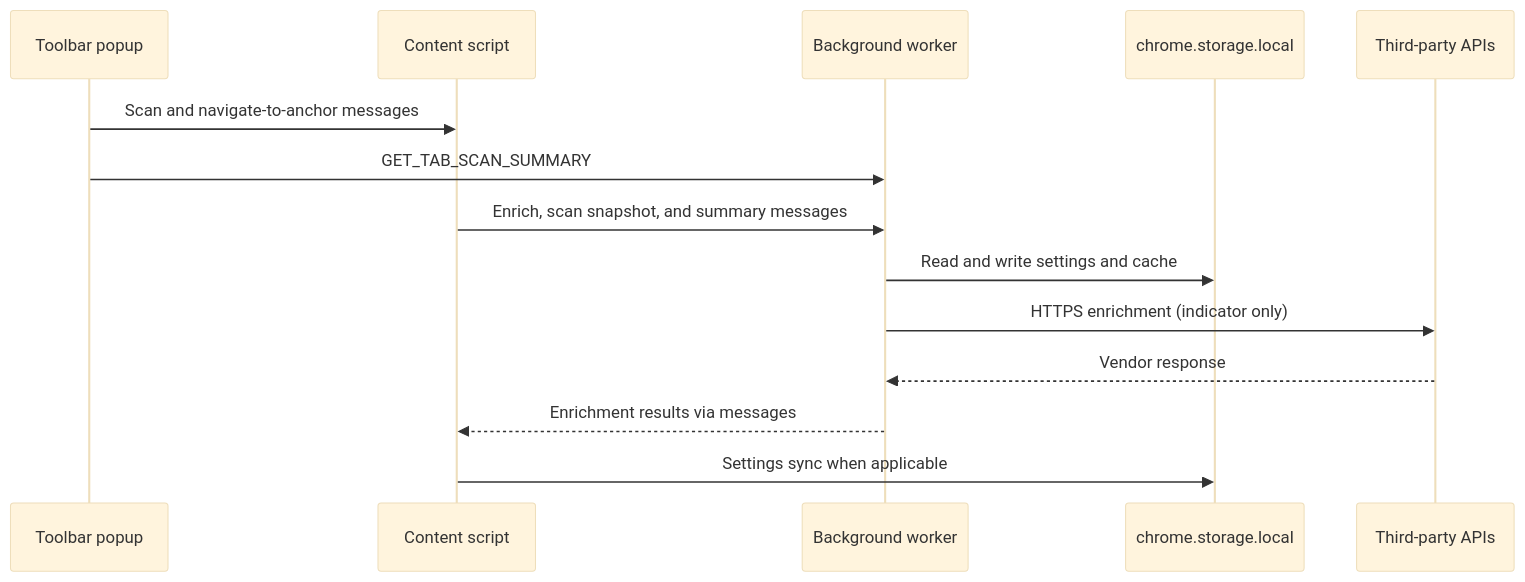
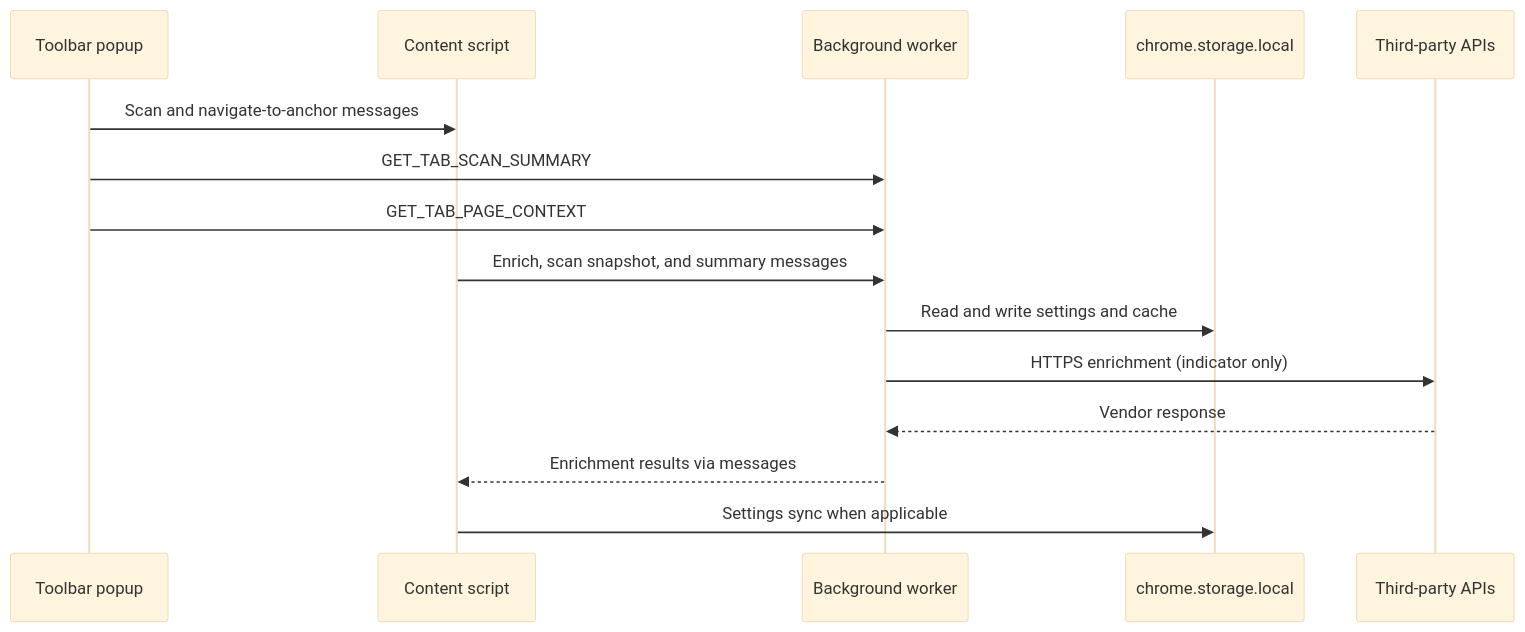
Before and after one commit to 0xCBradford/Vera5: the diagram in docs/contributors/extension-architecture.md, drawn with Mermaid (base theme). The commit also changed other lines of this file and 24 other files, not shown here.

Commit message:
feat: PAGE CONTEXT AWARENESS

````diff
--- a/docs/contributors/extension-architecture.md
+++ b/docs/contributors/extension-architecture.md
@@ -34,17 +40,18 @@
 ```mermaid
 sequenceDiagram
   participant Popup as Toolbar popup
   participant Content as Content script
   participant SW as Background worker
   participant Store as chrome.storage.local
   participant Vendor as Third-party APIs
 
   Popup->>Content: Scan and navigate-to-anchor messages
   Popup->>SW: GET_TAB_SCAN_SUMMARY
+  Popup->>SW: GET_TAB_PAGE_CONTEXT
   Content->>SW: Enrich, scan snapshot, and summary messages
   SW->>Store: Read and write settings and cache
   SW->>Vendor: HTTPS enrichment (indicator only)
   Vendor-->>SW: Vendor response
   SW-->>Content: Enrichment results via messages
   Content->>Store: Settings sync when applicable
 ```
````
